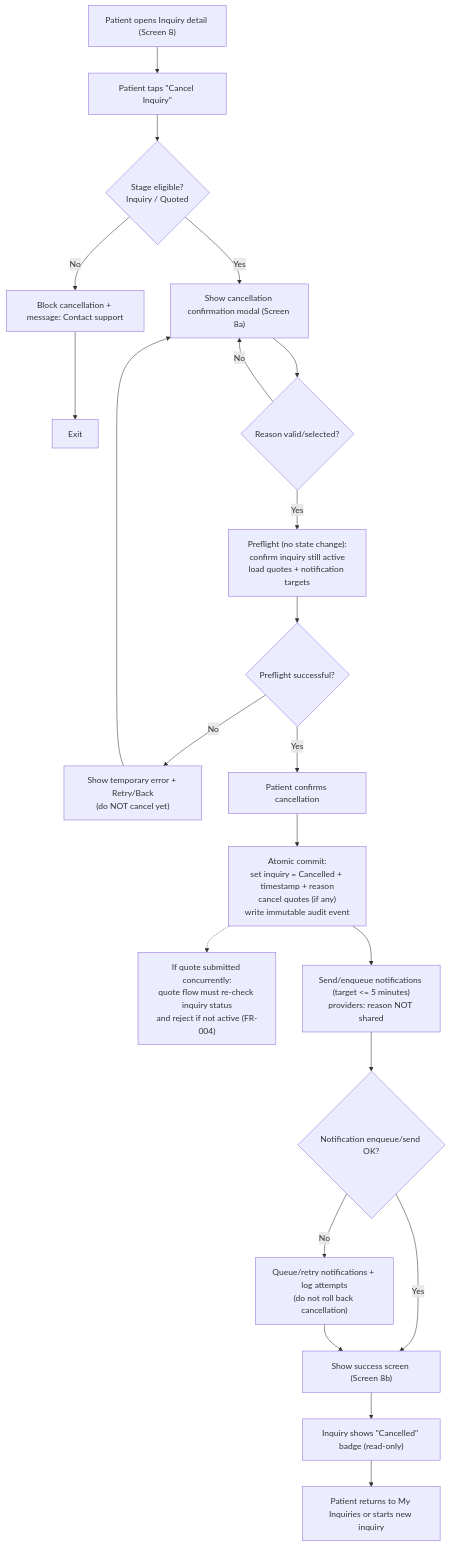
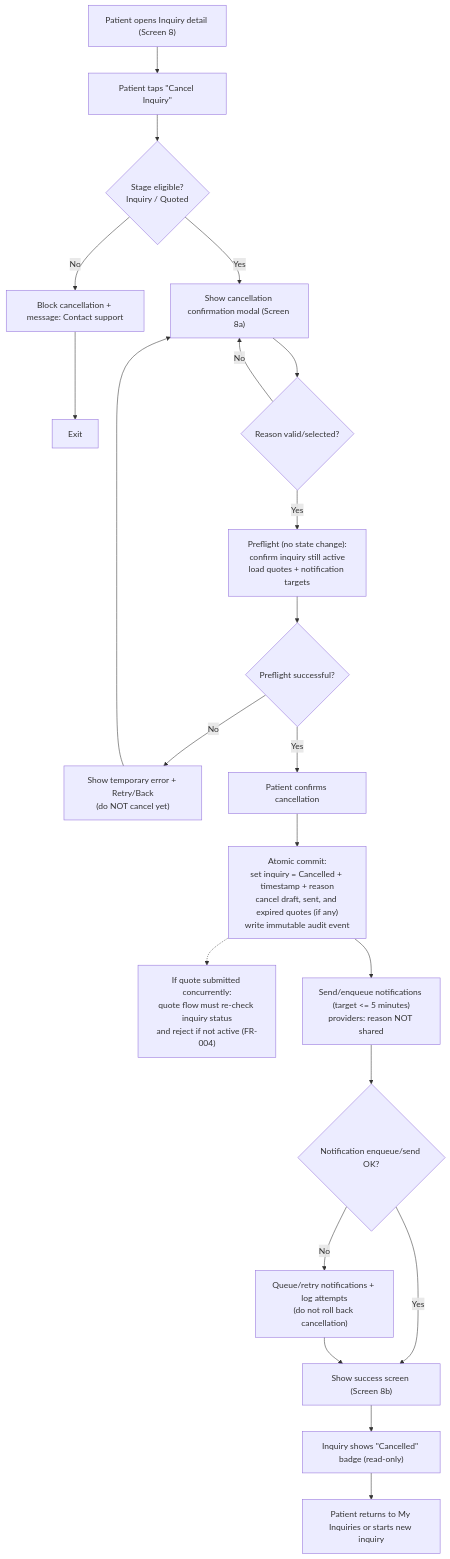
One commit to joachimtrungtuan/hairline-pm-docs changed diagram 13 of 15 in project-requirements/functional-requirements/fr003-inquiry-submission/prd.md. Above: the diagram before and after it, drawn with Mermaid. The commit also changed other lines of this file and 2 other files, not shown here.

First line of the commit message:
docs(prd): limit inquiry cancel cascade and add provider eligibility messages

````diff
--- a/project-requirements/functional-requirements/fr003-inquiry-submission/prd.md
+++ b/project-requirements/functional-requirements/fr003-inquiry-submission/prd.md
@@ -385,27 +388,27 @@
 ```mermaid
 flowchart TD
     Start["Patient opens Inquiry detail (Screen 8)"] --> Cancel["Patient taps &quot;Cancel Inquiry&quot;"]
     Cancel --> CheckStage{"Stage eligible?<br/>Inquiry / Quoted"}
 
     CheckStage -->|No| Block["Block cancellation + message: Contact support"] --> End1["Exit"]
     CheckStage -->|Yes| Modal["Show cancellation confirmation modal (Screen 8a)"]
 
     Modal --> ReasonOk{"Reason valid/selected?"}
     ReasonOk -->|No| Modal
     ReasonOk -->|Yes| Preflight["Preflight (no state change):<br/>confirm inquiry still active<br/>load quotes + notification targets"]
 
     Preflight --> PreflightOk{"Preflight successful?"}
     PreflightOk -->|No| PreflightErr["Show temporary error + Retry/Back<br/>(do NOT cancel yet)"] --> Modal
     PreflightOk -->|Yes| Confirm["Patient confirms cancellation"]
 
-    Confirm --> Commit["Atomic commit:<br/>set inquiry = Cancelled + timestamp + reason<br/>cancel quotes (if any)<br/>write immutable audit event"]
+    Confirm --> Commit["Atomic commit:<br/>set inquiry = Cancelled + timestamp + reason<br/>cancel draft, sent, and expired quotes (if any)<br/>write immutable audit event"]
     Commit -.-> Race["If quote submitted concurrently:<br/>quote flow must re-check inquiry status<br/>and reject if not active (FR-004)"]
 
     Commit --> Notify["Send/enqueue notifications (target &lt;= 5 minutes)<br/>providers: reason NOT shared"]
     Notify --> NotifyOk{"Notification enqueue/send OK?"}
     NotifyOk -->|Yes| Success["Show success screen (Screen 8b)"]
     NotifyOk -->|No| NotifyFallback["Queue/retry notifications + log attempts<br/>(do not roll back cancellation)"] --> Success
 
     Success --> ReadOnly["Inquiry shows &quot;Cancelled&quot; badge (read-only)"]
     ReadOnly --> End2["Patient returns to My Inquiries or starts new inquiry"]
 ```
````
